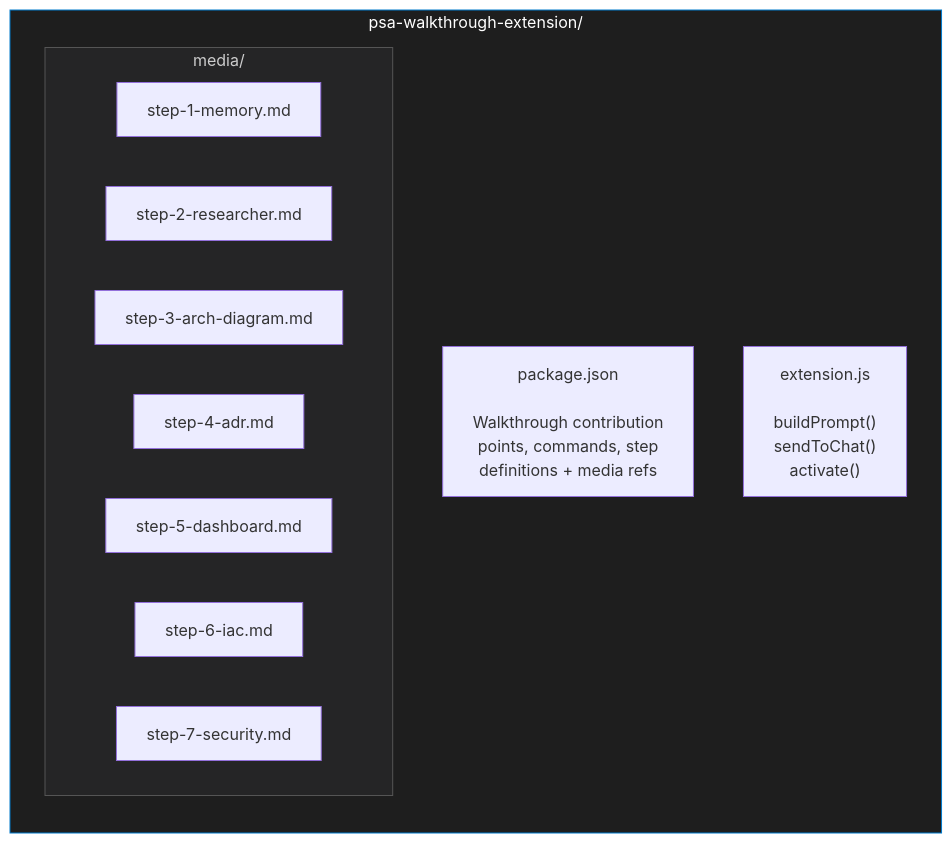
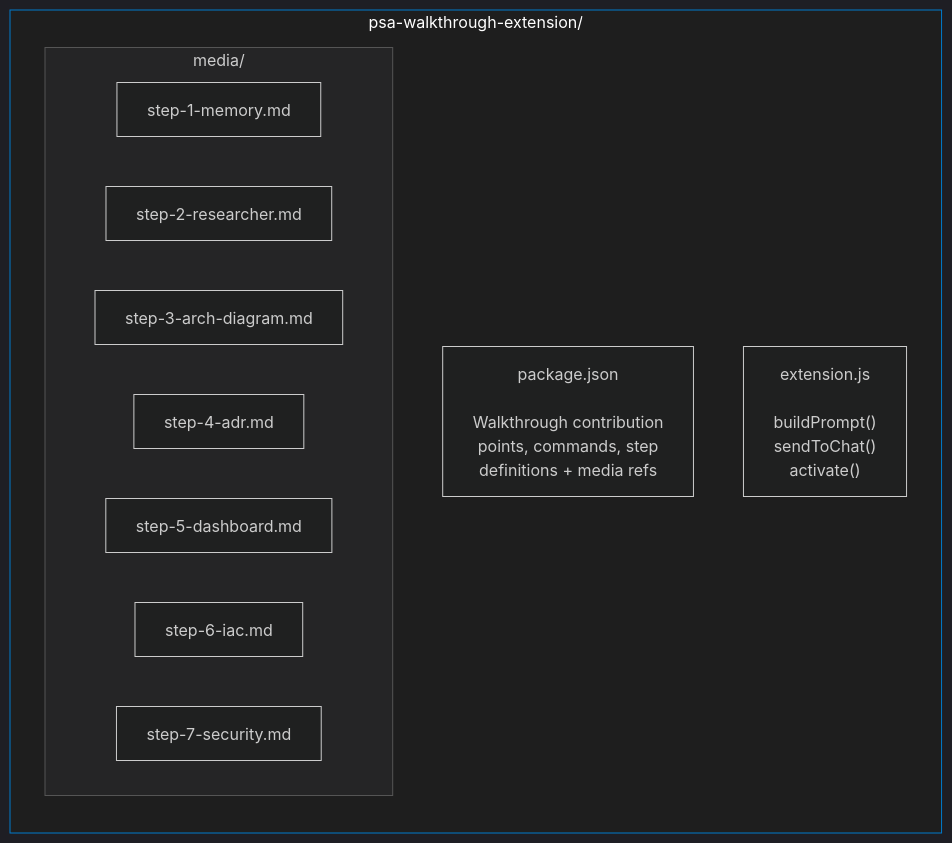
One commit to Arturo-Quiroga-MSFT/hypervelocity-engineering changed the fourth of 6 diagrams in psa-walkthrough-extension/README.md. Above: the diagram before and after it, drawn with Mermaid. The commit also changed other lines of this file, not shown here.

First line of the commit message:
style(extension): set yellow lines and dark theme on Mermaid diagrams

````diff
--- a/psa-walkthrough-extension/README.md
+++ b/psa-walkthrough-extension/README.md
@@ -210,19 +216,20 @@
 ```mermaid
+%%{init: {'theme': 'dark', 'themeVariables': {'lineColor': '#ffffff'}}}%%
 flowchart LR
     subgraph ext["psa-walkthrough-extension/"]
         PJ["package.json\n\nWalkthrough contribution\npoints, commands, step\ndefinitions + media refs"]
         EJ["extension.js\n\nbuildPrompt()\nsendToChat()\nactivate()"]
         subgraph media["media/"]
             M1["step-1-memory.md"]
             M2["step-2-researcher.md"]
             M3["step-3-arch-diagram.md"]
             M4["step-4-adr.md"]
             M5["step-5-dashboard.md"]
             M6["step-6-iac.md"]
             M7["step-7-security.md"]
         end
     end
 
     style ext fill:#1e1e1e,stroke:#007acc,color:#fff
     style media fill:#252526,stroke:#555,color:#ccc
 ```
````
